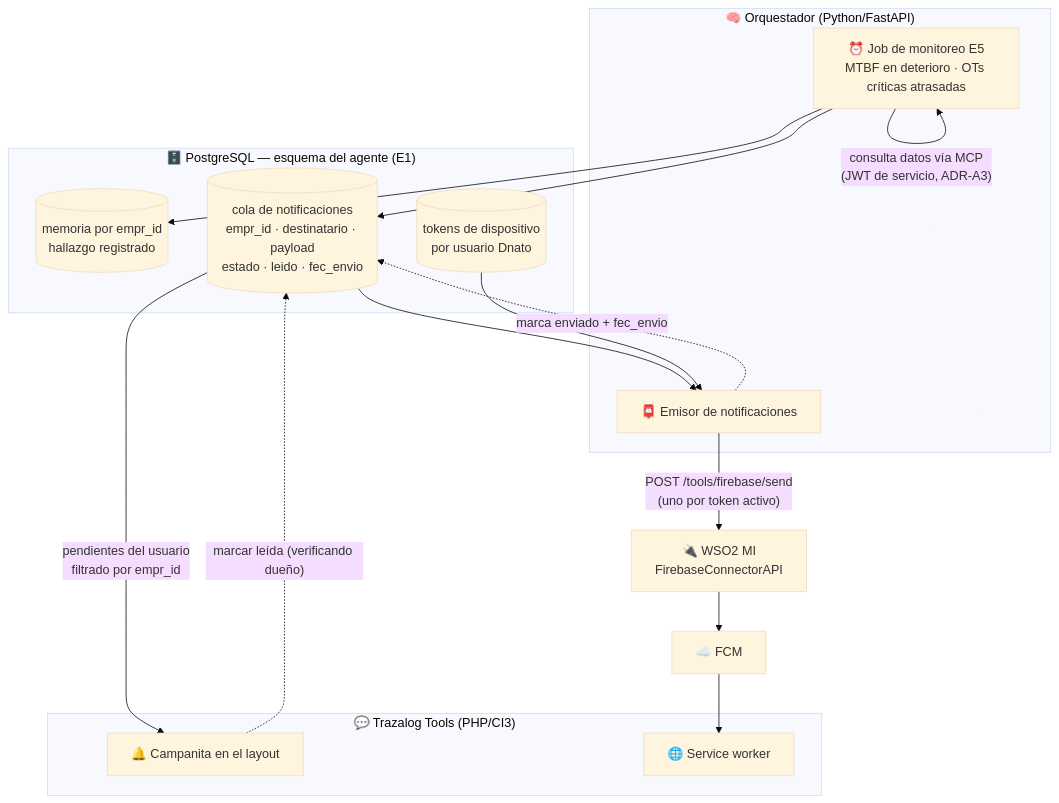
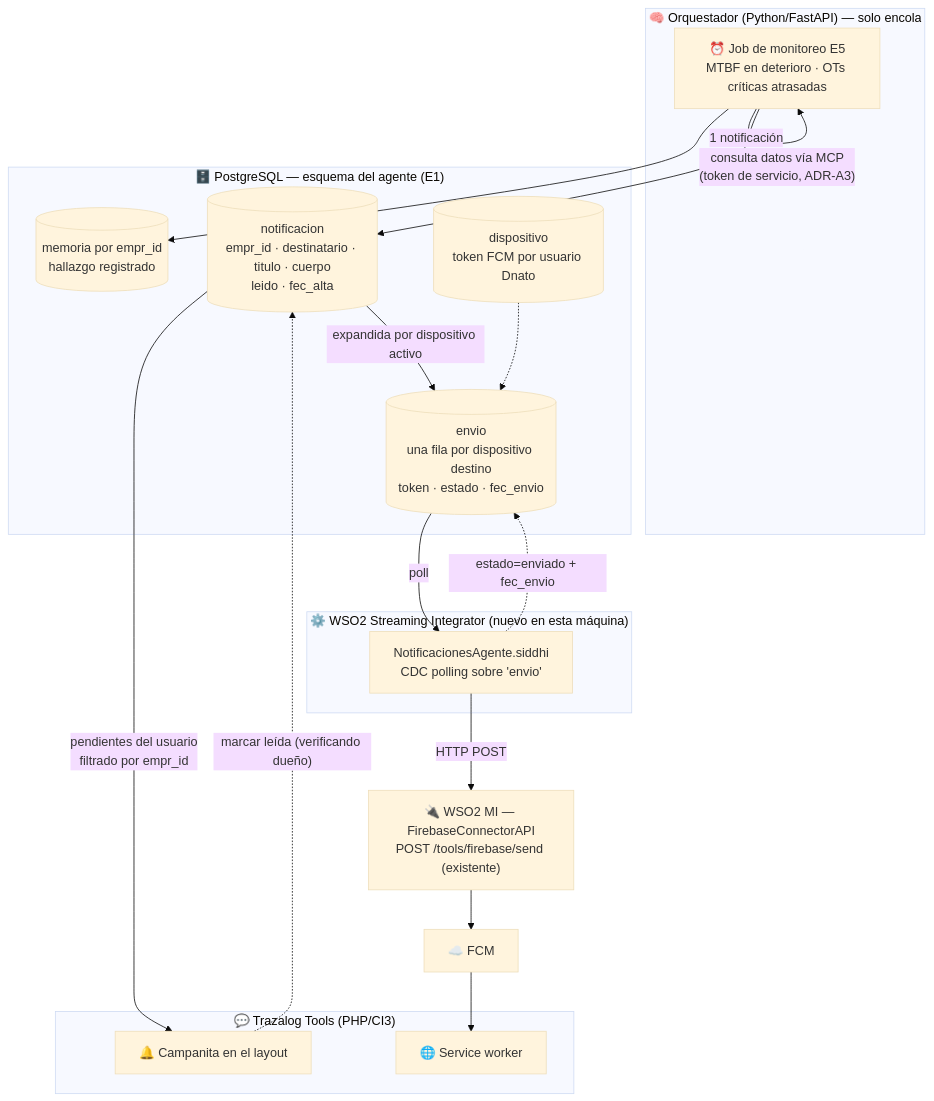
The second of 2 diagrams in doc/agente/analisis-alertas-assetplanner.md (Trazalog/traz-tools), drawn with Mermaid (base theme) before and after one commit. The commit also changed other lines of this file and 1 other file, not shown here.

````diff
--- a/doc/agente/analisis-alertas-assetplanner.md
+++ b/doc/agente/analisis-alertas-assetplanner.md
@@ -211,28 +214,31 @@
 ```mermaid
 graph TD
-    subgraph ORQ["🧠 Orquestador (Python/FastAPI)"]
+    subgraph ORQ["🧠 Orquestador (Python/FastAPI) — solo encola"]
         SCH[⏰ Job de monitoreo E5<br/>MTBF en deterioro · OTs críticas atrasadas]
-        NOT[📮 Emisor de notificaciones]
     end
     subgraph PG["🗄️ PostgreSQL — esquema del agente (E1)"]
         MEM[(memoria por empr_id<br/>hallazgo registrado)]
-        COLA[(cola de notificaciones<br/>empr_id · destinatario · payload<br/>estado · leido · fec_envio)]
-        TOK[(tokens de dispositivo<br/>por usuario Dnato)]
+        NOTI[(notificacion<br/>empr_id · destinatario · titulo · cuerpo<br/>leido · fec_alta)]
+        ENV[(envio<br/>una fila por dispositivo destino<br/>token · estado · fec_envio)]
+        TOK[(dispositivo<br/>token FCM por usuario Dnato)]
+    end
+    subgraph SI["⚙️ WSO2 Streaming Integrator (nuevo en esta máquina)"]
+        SID["NotificacionesAgente.siddhi<br/>CDC polling sobre 'envio'"]
     end
     subgraph TOOLS["💬 Trazalog Tools (PHP/CI3)"]
         CAMP[🔔 Campanita en el layout]
         SWT[🌐 Service worker]
     end
-    MIF["🔌 WSO2 MI<br/>FirebaseConnectorAPI"]
+    MIF["🔌 WSO2 MI — FirebaseConnectorAPI<br/>POST /tools/firebase/send (existente)"]
     FCM[☁️ FCM]
 
-    SCH -->|"consulta datos vía MCP<br/>(JWT de servicio, ADR-A3)"| SCH
+    SCH -->|"consulta datos vía MCP<br/>(token de servicio, ADR-A3)"| SCH
     SCH --> MEM
-    SCH --> COLA
-    COLA --> NOT
-    TOK --> NOT
-    NOT -->|"POST /tools/firebase/send<br/>(uno por token activo)"| MIF --> FCM --> SWT
-    NOT -.->|"marca enviado + fec_envio"| COLA
-    COLA -->|"pendientes del usuario<br/>filtrado por empr_id"| CAMP
-    CAMP -.->|"marcar leída (verificando dueño)"| COLA
+    SCH -->|"1 notificación"| NOTI
+    NOTI -->|"expandida por dispositivo activo"| ENV
+    TOK -.-> ENV
+    ENV -->|"poll"| SID -->|"HTTP POST"| MIF --> FCM --> SWT
+    SID -.->|"estado=enviado + fec_envio"| ENV
+    NOTI -->|"pendientes del usuario<br/>filtrado por empr_id"| CAMP
+    CAMP -.->|"marcar leída (verificando dueño)"| NOTI
 ```
````
